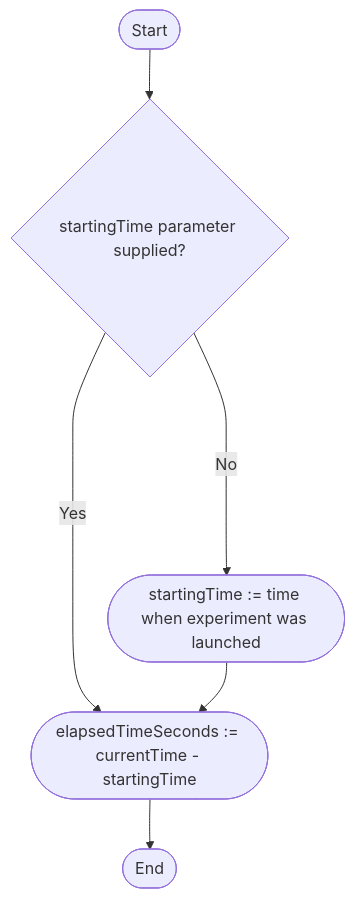
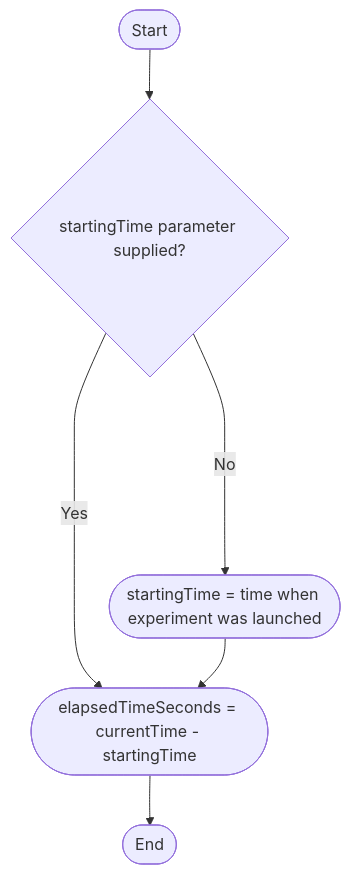
Before and after one commit to iter8-tools/docs: the third of 3 diagrams in docs/user-guide/tasks/custommetrics.md, drawn with Mermaid. The commit also changed other lines of this file, not shown here.

Commit message:
flowchart

````diff
--- a/docs/user-guide/tasks/custommetrics.md
+++ b/docs/user-guide/tasks/custommetrics.md
@@ -260,8 +295,8 @@
     ```mermaid
     graph TD
       A([Start]) --> B{startingTime parameter supplied?};
-      B ---->|Yes| C([elapsedTimeSeconds := currentTime - startingTime]);
-      B ---->|No| D([startingTime := time when experiment was launched]);
+      B ---->|Yes| C([elapsedTimeSeconds = currentTime - startingTime]);
+      B ---->|No| D([startingTime = time when experiment was launched]);
       D --> C;
       C --> E([End]);
     ```
````
